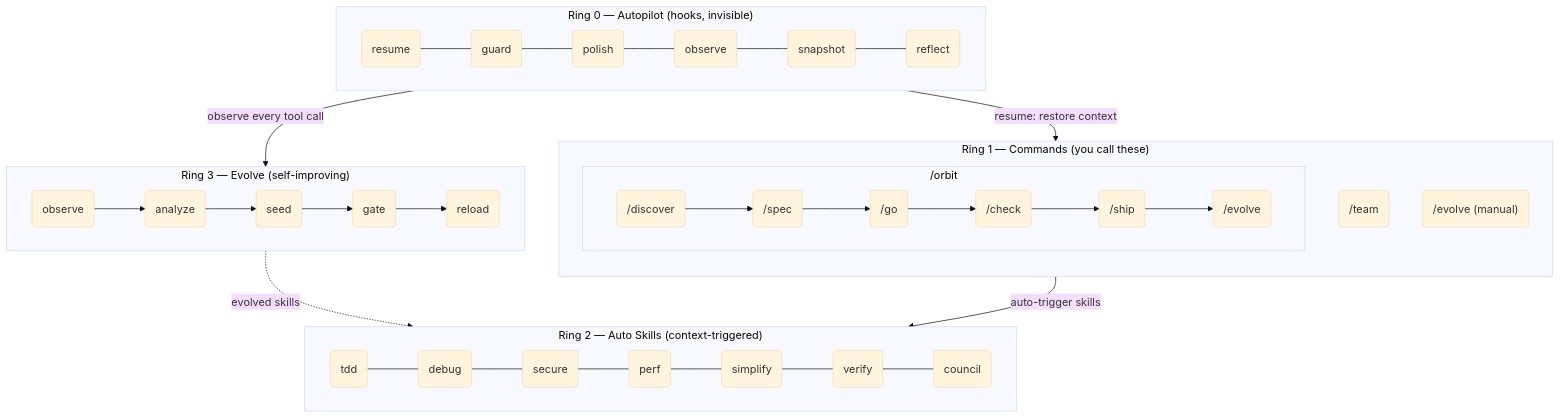
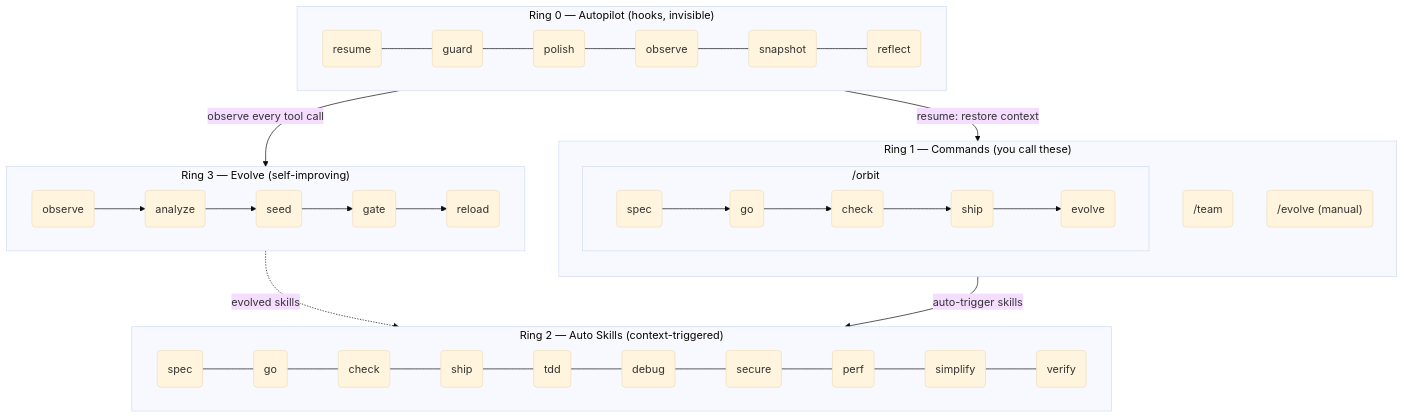
The second of 2 diagrams in i18n/ja/README.md (epicsagas/epic-harness), drawn with Mermaid (base theme) before and after one commit. The commit also changed other lines of this file and 9 other files, not shown here.

````diff
--- a/i18n/ja/README.md
+++ b/i18n/ja/README.md
@@ -413,32 +416,32 @@
 ```mermaid
 flowchart TB
     subgraph R0["Ring 0 — Autopilot (hooks, invisible)"]
         direction LR
         h1(resume) --- h2(guard) --- h3(polish) --- h4(observe) --- h5(snapshot) --- h6(reflect)
     end
 
     subgraph R1["Ring 1 — Commands (you call these)"]
         direction TB
         subgraph orbit_wrap["  /orbit  "]
             direction LR
-            c1("/discover") --> c2("/spec") --> c3("/go") --> c4("/check") --> c5("/ship") --> c6("/evolve")
+            c1(spec) --> c2(go) --> c3(check) --> c4(ship) --> c5(evolve)
         end
-        c7("/team")
-        c8("/evolve (manual)")
+        c6("/team")
+        c7("/evolve (manual)")
     end
 
     subgraph R2["Ring 2 — Auto Skills (context-triggered)"]
         direction LR
-        s1(tdd) --- s2(debug) --- s3(secure) --- s4(perf) --- s5(simplify) --- s6(verify) --- s7(council)
+        s1(spec) --- s2(go) --- s3(check) --- s4(ship) --- s5(tdd) --- s6(debug) --- s7(secure) --- s8(perf) --- s9(simplify) --- s10(verify)
     end
 
     subgraph R3["Ring 3 — Evolve (self-improving)"]
         direction LR
         e1(observe) --> e2(analyze) --> e3(seed) --> e4(gate) --> e5(reload)
     end
 
     R0 -->|"observe every tool call"| R3
     R3 -.->|"evolved skills"| R2
     R1 -->|"auto-trigger skills"| R2
     R0 -->|"resume: restore context"| R1
 ```
````
